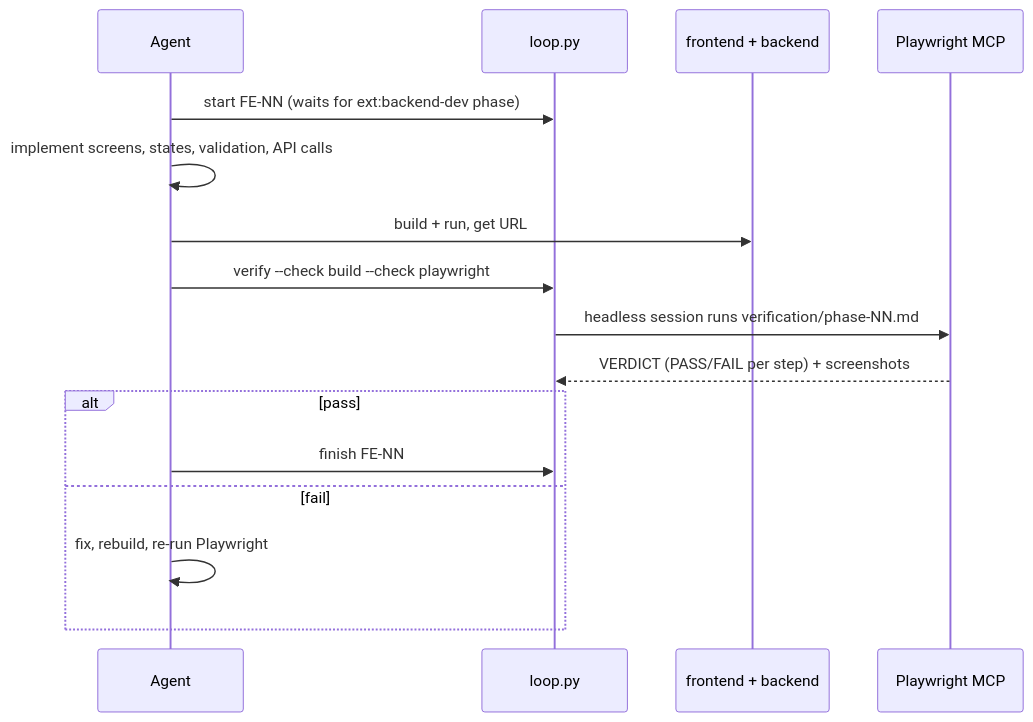
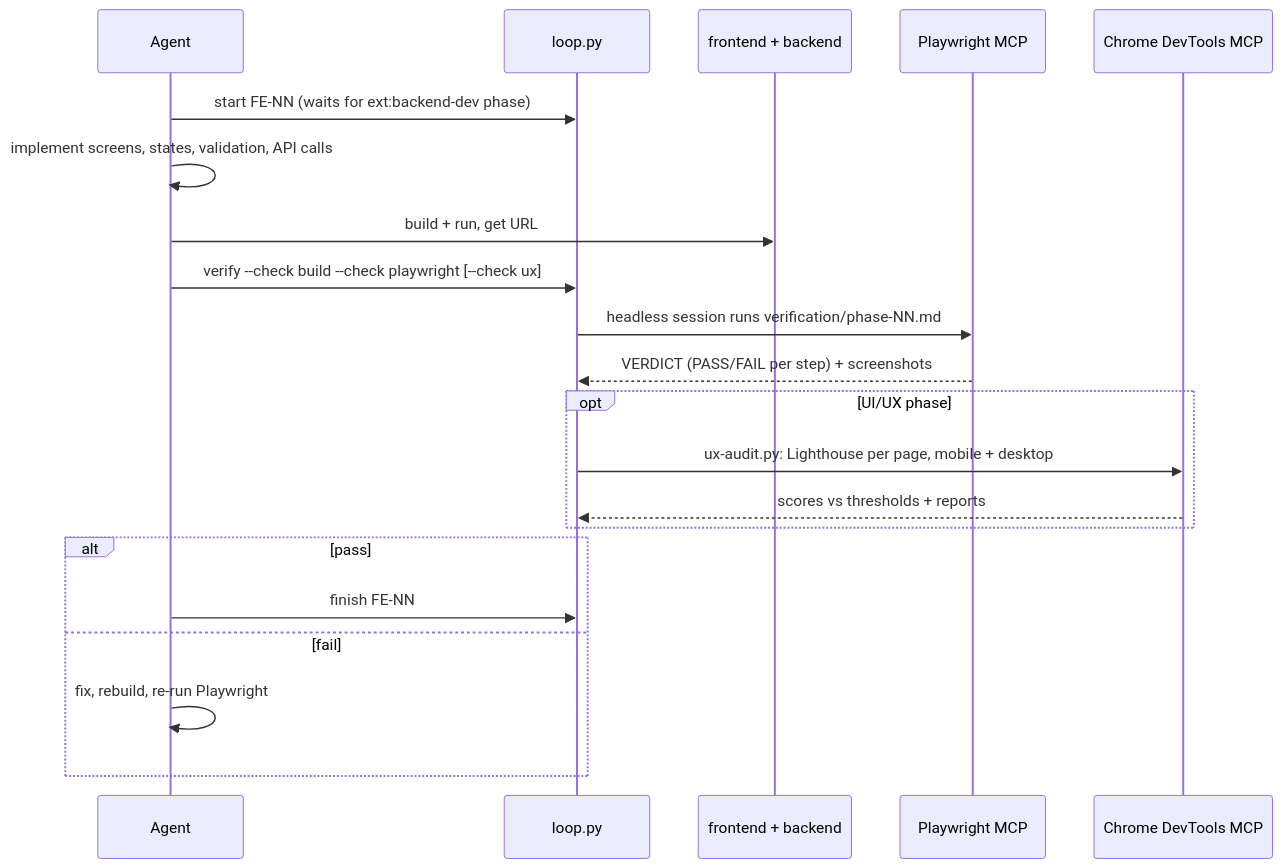
Before and after one commit to omarwt/quickflow: the third of 5 diagrams in README.md, drawn with Mermaid. The commit also changed other lines of this file and 86 other files, not shown here.

````diff
--- a/README.md
+++ b/README.md
@@ -173,19 +190,24 @@
 ```mermaid
 sequenceDiagram
     participant Agent
     participant LoopPy as loop.py
     participant App as frontend + backend
     participant Playwright as Playwright MCP
+    participant DevTools as Chrome DevTools MCP
 
     Agent->>LoopPy: start FE-NN (waits for ext:backend-dev phase)
     Agent->>Agent: implement screens, states, validation, API calls
     Agent->>App: build + run, get URL
-    Agent->>LoopPy: verify --check build --check playwright
+    Agent->>LoopPy: verify --check build --check playwright [--check ux]
     LoopPy->>Playwright: headless session runs verification/phase-NN.md
     Playwright-->>LoopPy: VERDICT (PASS/FAIL per step) + screenshots
+    opt UI/UX phase
+        LoopPy->>DevTools: ux-audit.py: Lighthouse per page, mobile + desktop
+        DevTools-->>LoopPy: scores vs thresholds + reports
+    end
     alt pass
         Agent->>LoopPy: finish FE-NN
     else fail
         Agent->>Agent: fix, rebuild, re-run Playwright
     end
 ```
````
